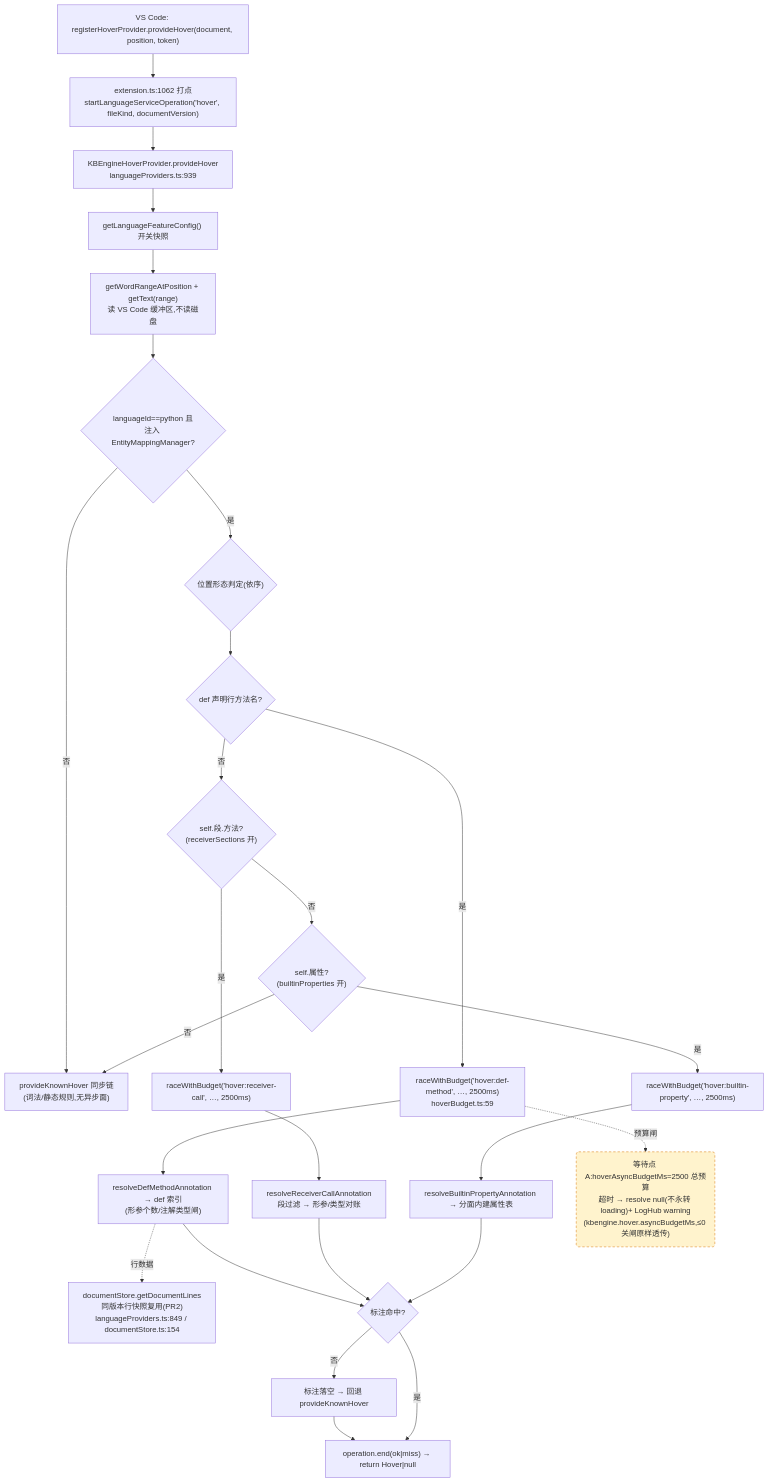
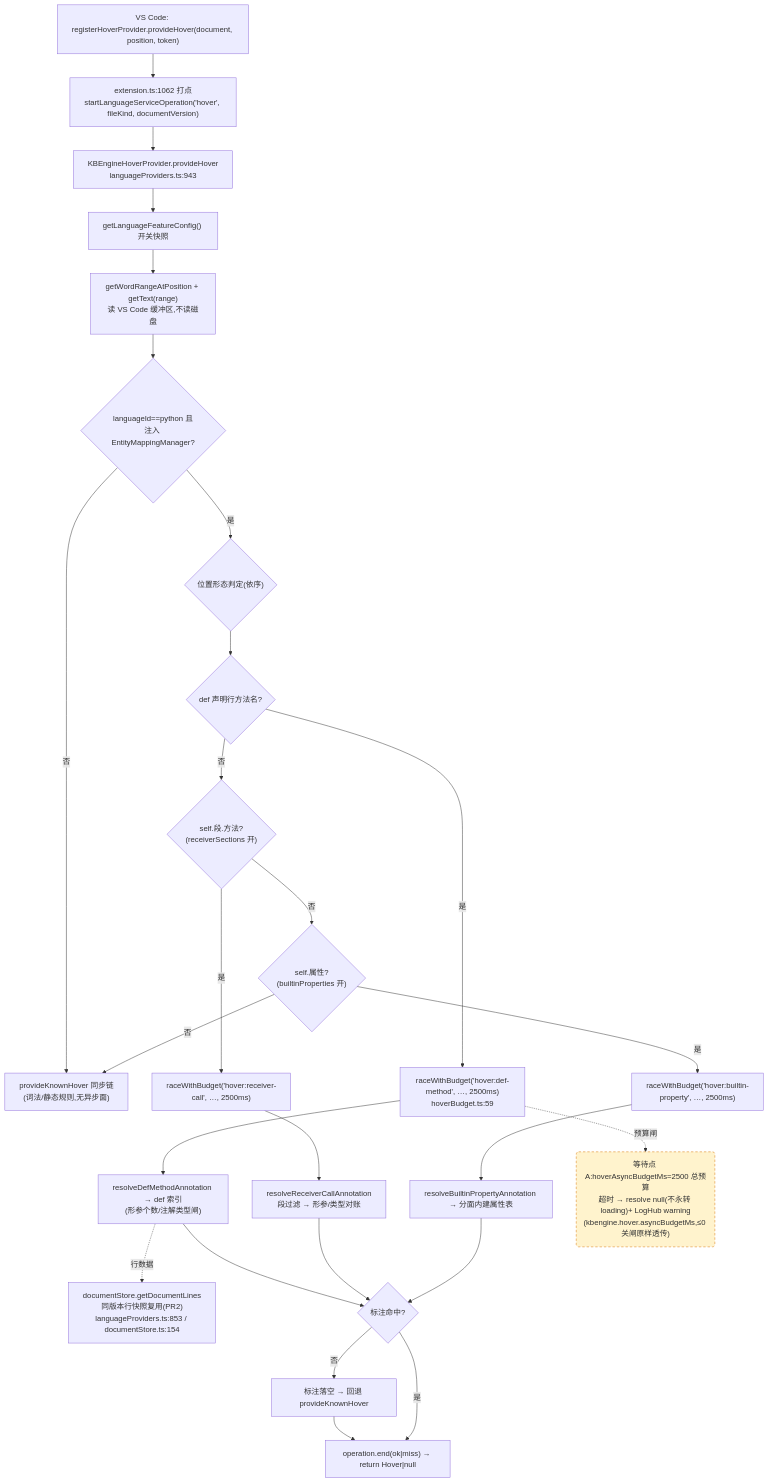
Before and after one commit to cuihairu/kode: the first of 4 diagrams in docs/perf/2026-baseline.md, drawn with Mermaid. The commit also changed other lines of this file and 4 other files, not shown here.

````diff
--- a/docs/perf/2026-baseline.md
+++ b/docs/perf/2026-baseline.md
@@ -82,45 +82,45 @@
 ```mermaid
 flowchart TD
   VC1["VS Code: registerHoverProvider.provideHover(document, position, token)"]
   M1["extension.ts:1062 打点<br/>startLanguageServiceOperation('hover', fileKind, documentVersion)"]
-  HP["KBEngineHoverProvider.provideHover<br/>languageProviders.ts:939"]
+  HP["KBEngineHoverProvider.provideHover<br/>languageProviders.ts:943"]
   CFG["getLanguageFeatureConfig() 开关快照"]
   WORD["getWordRangeAtPosition + getText(range)<br/>读 VS Code 缓冲区,不读磁盘"]
   BR{"languageId==python 且<br/>注入 EntityMappingManager?"}
   KN["provideKnownHover 同步链<br/>(词法/静态规则,无异步面)"]
   POS{"位置形态判定(依序)"}
   D1{"def 声明行方法名?"}
   D2{"self.段.方法?<br/>(receiverSections 开)"}
   D3{"self.属性?<br/>(builtinProperties 开)"}
   RA1["raceWithBudget('hover:def-method', …, 2500ms)<br/>hoverBudget.ts:59"]
   RA2["raceWithBudget('hover:receiver-call', …, 2500ms)"]
   RA3["raceWithBudget('hover:builtin-property', …, 2500ms)"]
   RS1["resolveDefMethodAnnotation → def 索引<br/>(形参个数/注解类型闸)"]
   RS2["resolveReceiverCallAnnotation<br/>段过滤 → 形参/类型对账"]
   RS3["resolveBuiltinPropertyAnnotation → 分面内建属性表"]
-  LINES["documentStore.getDocumentLines<br/>同版本行快照复用(PR2)<br/>languageProviders.ts:849 / documentStore.ts:154"]
+  LINES["documentStore.getDocumentLines<br/>同版本行快照复用(PR2)<br/>languageProviders.ts:853 / documentStore.ts:154"]
   MISS["标注落空 → 回退 provideKnownHover"]
   END1["operation.end(ok|miss) → return Hover|null"]
 
   VC1 --> M1 --> HP --> CFG --> WORD --> BR
   BR -- "否" --> KN
   BR -- "是" --> POS --> D1
   D1 -- "是" --> RA1 --> RS1
   D1 -- "否" --> D2
   D2 -- "是" --> RA2 --> RS2
   D2 -- "否" --> D3
   D3 -- "是" --> RA3 --> RS3
   D3 -- "否" --> KN
   RS1 --> HIT{"标注命中?"}
   RS2 --> HIT
   RS3 --> HIT
   RS1 -.->|行数据| LINES
   HIT -- "否" --> MISS --> END1
   HIT -- "是" --> END1
 
   WAITA("等待点 A:hoverAsyncBudgetMs=2500 总预算<br/>超时 → resolve null(不永转 loading)+ LogHub warning<br/>(kbengine.hover.asyncBudgetMs,≤0 关闸原样透传)")
   RA1 -.->|预算闸| WAITA
 
   classDef waitPoint fill:#fff3cd,stroke:#d97706,stroke-dasharray:5 4;
   class WAITA waitPoint;
 ```
````
